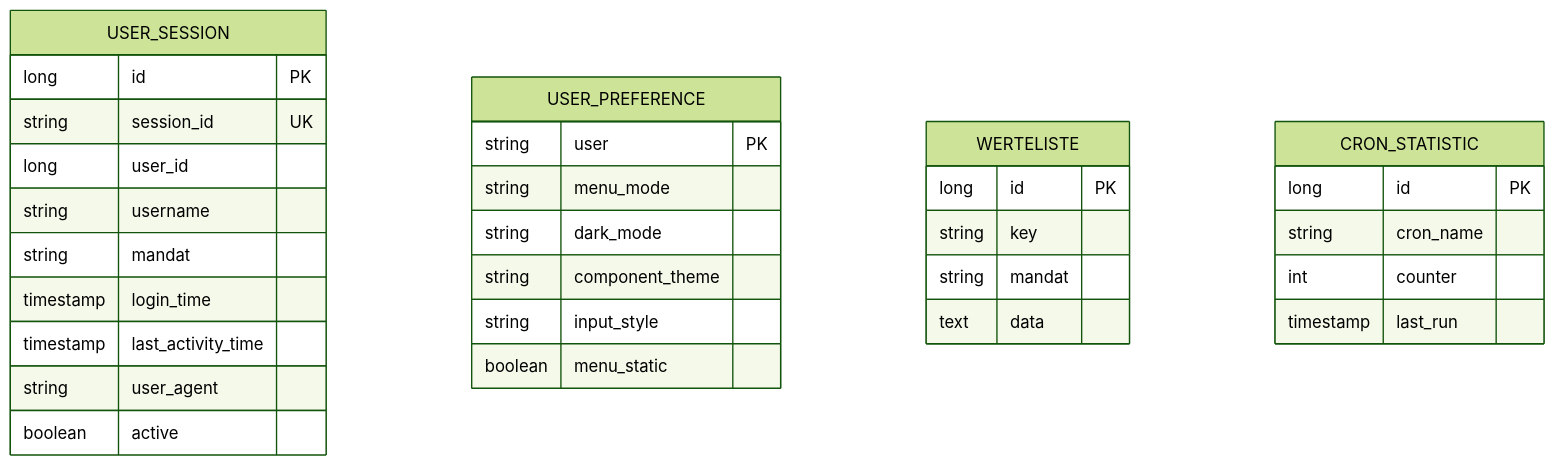
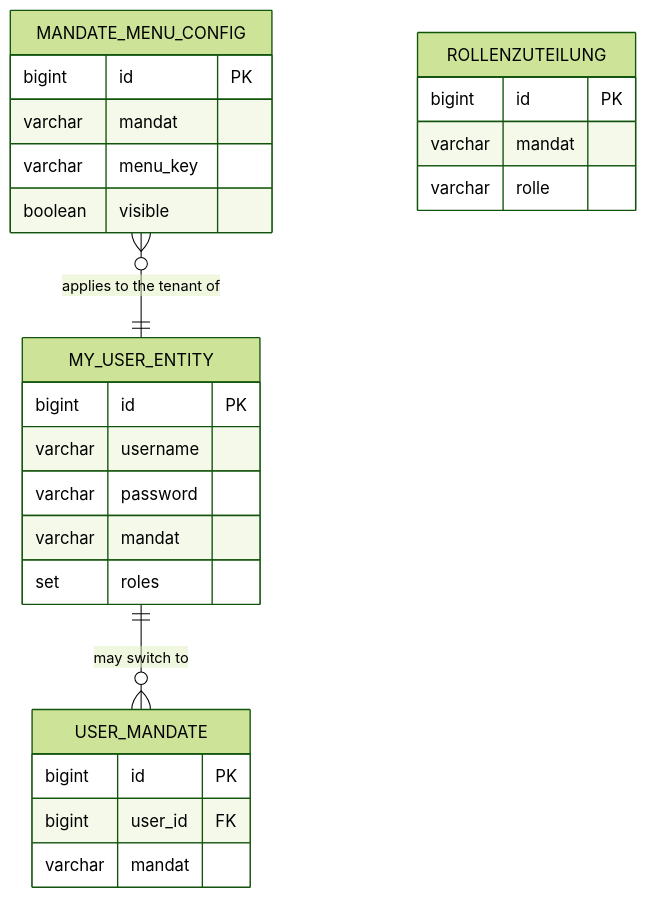
The fourth of 6 diagrams in docs/ARCHITECTURE.md (Plaintext-Gmbh/plaintext-root), drawn with Mermaid (forest theme) before and after one commit. The commit also changed other lines of this file and 636 other files, not shown here.

````diff
--- a/docs/ARCHITECTURE.md
+++ b/docs/ARCHITECTURE.md
@@ -157,37 +148,28 @@
 ```mermaid
 erDiagram
-    USER_SESSION {
-        long id PK
-        string session_id UK
-        long user_id
-        string username
-        string mandat
-        timestamp login_time
-        timestamp last_activity_time
-        string user_agent
-        boolean active
+    MY_USER_ENTITY {
+        bigint id PK
+        varchar username
+        varchar password
+        varchar mandat
+        set roles
     }
-
-    USER_PREFERENCE {
-        string user PK
-        string menu_mode
-        string dark_mode
-        string component_theme
-        string input_style
-        boolean menu_static
+    USER_MANDATE {
+        bigint id PK
+        bigint user_id FK
+        varchar mandat
     }
-
-    WERTELISTE {
-        long id PK
-        string key
-        string mandat
-        text data
+    MANDATE_MENU_CONFIG {
+        bigint id PK
+        varchar mandat
+        varchar menu_key
+        boolean visible
     }
-
-    CRON_STATISTIC {
-        long id PK
-        string cron_name
-        int counter
-        timestamp last_run
+    ROLLENZUTEILUNG {
+        bigint id PK
+        varchar mandat
+        varchar rolle
     }
+    MY_USER_ENTITY ||--o{ USER_MANDATE : "may switch to"
+    MANDATE_MENU_CONFIG }o--|| MY_USER_ENTITY : "applies to the tenant of"
 ```
````
